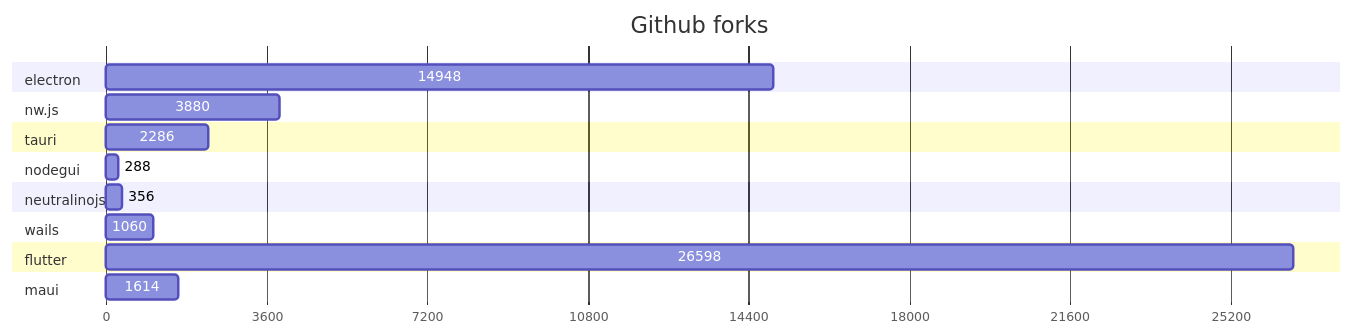
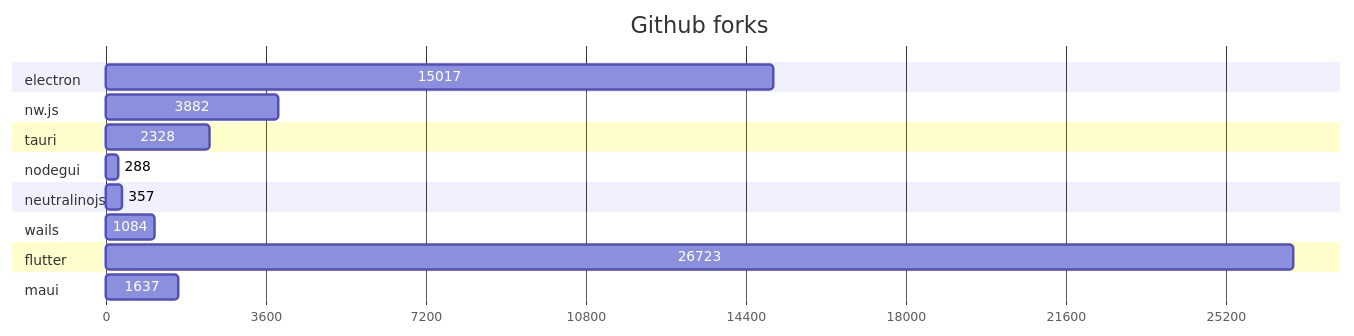
The second of 2 diagrams in GRAPHS.md (Elanis/web-to-desktop-framework-comparison), drawn with Mermaid before and after one commit. The commit also changed other lines of this file and 2 other files, not shown here.

````diff
--- a/GRAPHS.md
+++ b/GRAPHS.md
@@ -47,40 +47,40 @@
 ```mermaid
 gantt
     title Github forks
     dateFormat  X
     axisFormat %s
 
 
 	section electron
-	14948 : 0, 14948
+	15017 : 0, 15017
 
 	
 	section nw.js
-	3880 : 0, 3880
+	3882 : 0, 3882
 
 	
 	section tauri
-	2286 : 0, 2286
+	2328 : 0, 2328
 
 	
 	section nodegui
 	288 : 0, 288
 
 	
 	section neutralinojs
-	356 : 0, 356
+	357 : 0, 357
 
 	
 	section wails
-	1060 : 0, 1060
+	1084 : 0, 1084
 
 	
 	section flutter
-	26598 : 0, 26598
+	26723 : 0, 26723
 
 	
 	section maui
-	1614 : 0, 1614
+	1637 : 0, 1637
 
 	
 ```
````
